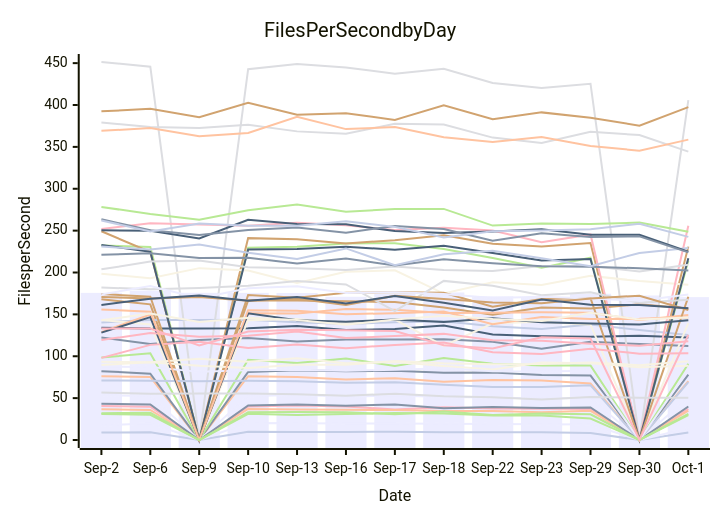
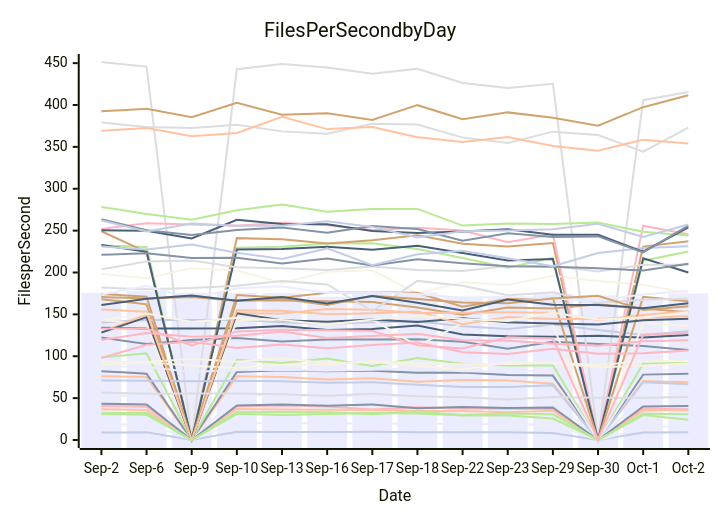
The diagram in perf-report.md (streetsidesoftware/cspell), drawn with Mermaid before and after one commit. The commit also changed other lines of this file and 1 other file, not shown here.

````diff
--- a/perf-report.md
+++ b/perf-report.md
@@ -10,56 +10,56 @@
 ```mermaid
 xychart-beta
     title Files Per Second by Day
     y-axis Files per Second
-    x-axis Date [Sep-2, Sep-6, Sep-9, Sep-10, Sep-13, Sep-16, Sep-17, Sep-18, Sep-22, Sep-23, Sep-29, Sep-30, Oct-1]
-    bar [175.68, 178.38, 175.73, 175.70, 175.56, 170.99, 174.42, 176.15, 171.49, 170.60, 174.68, 172.58, 170.62]
-    line [122.42, 114.54, 119.33, 121.78, 117.69, 120.09, 120.05, 120.31, 117.43, 109.01, 117.33, 114.51, 112.29]
-    line [76.26, 75.33, 0.00, 76.18, 75.30, 72.34, 73.59, 69.54, 71.59, 70.97, 67.35, 0.00, 70.29]
-    line [451.36, 445.82, 0.00, 442.79, 448.98, 444.77, 437.29, 443.15, 426.39, 420.42, 425.42, 0.00, 405.76]
-    line [232.38, 230.54, 0.00, 229.61, 230.62, 234.72, 234.92, 228.04, 217.32, 205.66, 217.69, 0.00, 214.10]
-    line [249.29, 224.39, 0.00, 241.04, 239.64, 234.60, 238.64, 244.36, 234.31, 230.98, 235.16, 0.00, 230.90]
-    line [8.92, 9.30, 0.00, 9.85, 9.67, 9.68, 9.92, 9.37, 9.23, 9.26, 8.29, 0.00, 8.90]
-    line [40.72, 39.85, 0.00, 39.94, 41.26, 40.08, 36.34, 39.18, 37.74, 37.18, 36.89, 0.00, 37.27]
-    line [134.10, 133.16, 133.12, 133.37, 136.08, 131.30, 132.64, 136.81, 125.88, 123.97, 123.26, 124.35, 122.36]
-    line [198.37, 193.18, 205.21, 202.42, 187.59, 200.94, 202.64, 174.86, 188.42, 184.98, 195.97, 189.74, 185.35]
-    line [17.23, 19.98, 0.00, 20.38, 20.10, 19.75, 19.58, 19.44, 18.99, 18.71, 18.44, 0.00, 13.99]
-    line [82.19, 79.19, 0.00, 81.30, 83.34, 82.19, 82.78, 80.29, 80.65, 77.47, 76.93, 0.00, 78.07]
-    line [36.83, 35.85, 0.00, 37.06, 36.42, 35.98, 35.70, 34.54, 34.55, 33.11, 34.81, 0.00, 35.17]
-    line [379.20, 373.63, 372.65, 376.36, 368.52, 365.71, 377.56, 376.77, 361.09, 354.59, 368.19, 364.07, 344.36]
-    line [98.44, 103.61, 0.00, 95.82, 91.96, 97.25, 88.47, 97.89, 91.06, 89.08, 89.06, 0.00, 90.96]
-    line [168.11, 162.00, 0.00, 166.81, 166.56, 165.69, 164.68, 158.25, 149.51, 158.09, 156.96, 161.98, 156.93]
-    line [140.40, 143.33, 143.38, 143.55, 140.59, 138.57, 140.62, 141.72, 135.93, 132.42, 137.90, 131.39, 125.40]
-    line [251.96, 258.89, 257.30, 255.86, 259.52, 256.30, 250.62, 253.31, 250.10, 236.21, 245.48, 0.00, 255.93]
-    line [232.84, 224.81, 0.00, 227.34, 228.09, 230.87, 227.16, 231.88, 223.22, 214.31, 216.24, 0.00, 216.91]
-    line [143.31, 137.86, 0.00, 143.10, 144.41, 139.70, 143.74, 112.39, 139.33, 141.10, 137.72, 0.00, 139.61]
-    line [53.54, 52.52, 0.00, 52.32, 54.12, 51.77, 53.09, 51.40, 50.85, 49.44, 50.07, 0.00, 50.63]
-    line [43.29, 42.33, 0.00, 41.15, 42.24, 41.01, 42.53, 38.05, 39.43, 38.14, 38.94, 0.00, 39.96]
-    line [128.81, 149.88, 0.00, 151.49, 151.06, 156.36, 155.63, 151.63, 151.94, 152.50, 152.06, 143.32, 149.19]
-    line [203.78, 213.00, 214.26, 206.28, 205.22, 203.09, 207.23, 202.88, 201.82, 207.79, 207.90, 201.29, 209.19]
-    line [278.30, 269.85, 262.88, 274.40, 281.31, 272.54, 275.91, 275.97, 256.03, 258.54, 258.01, 259.58, 248.67]
-    line [174.42, 171.06, 0.00, 173.10, 169.76, 175.73, 176.36, 175.75, 159.14, 168.41, 169.31, 0.00, 170.99]
-    line [71.07, 70.80, 70.10, 70.83, 70.27, 68.51, 69.01, 65.91, 63.15, 63.41, 65.35, 0.00, 69.02]
-    line [98.03, 113.59, 117.23, 110.00, 114.04, 109.51, 113.51, 116.46, 104.81, 102.79, 108.89, 103.13, 103.52]
-    line [128.16, 146.70, 0.00, 151.25, 142.95, 141.14, 143.95, 140.92, 145.29, 140.59, 139.11, 138.01, 142.88]
-    line [93.42, 92.85, 96.99, 93.46, 97.52, 91.70, 93.14, 88.50, 84.12, 92.41, 91.76, 86.84, 88.64]
-    line [87.46, 87.14, 81.35, 83.34, 83.78, 82.79, 83.96, 85.57, 82.01, 81.81, 82.67, 0.00, 83.49]
-    line [221.13, 223.08, 217.30, 217.60, 210.80, 216.66, 208.33, 215.69, 211.15, 207.60, 206.93, 205.06, 202.44]
-    line [369.19, 372.46, 362.58, 366.57, 385.92, 371.23, 373.66, 361.57, 355.78, 361.81, 351.17, 345.43, 358.65]
-    line [182.17, 179.93, 181.55, 184.12, 189.95, 185.74, 153.97, 189.99, 184.11, 172.95, 176.46, 163.78, 167.39]
-    line [31.96, 32.39, 0.00, 33.27, 33.48, 33.18, 30.65, 34.02, 29.87, 31.63, 30.68, 0.00, 31.32]
-    line [392.41, 395.48, 385.49, 402.68, 388.38, 390.24, 382.26, 399.81, 383.04, 391.20, 384.82, 375.34, 397.41]
-    line [230.93, 227.50, 233.38, 223.69, 216.25, 228.77, 208.66, 221.89, 226.09, 216.90, 207.46, 223.39, 229.16]
-    line [119.32, 127.89, 123.29, 124.49, 129.64, 121.66, 124.08, 126.72, 119.08, 118.45, 114.87, 112.49, 118.05]
-    line [250.46, 249.77, 240.66, 262.89, 257.78, 257.49, 249.43, 247.25, 248.88, 251.75, 245.20, 245.06, 224.85]
-    line [89.68, 92.88, 88.59, 86.05, 89.85, 89.86, 94.27, 91.54, 90.45, 90.71, 92.55, 89.39, 93.96]
-    line [173.82, 183.91, 169.15, 181.18, 183.51, 175.60, 176.44, 174.39, 169.65, 170.91, 168.95, 166.28, 173.86]
-    line [263.57, 250.38, 244.75, 250.69, 253.77, 247.48, 255.65, 251.83, 237.98, 246.89, 242.54, 243.09, 224.03]
-    line [155.92, 153.19, 0.00, 155.03, 154.46, 150.27, 151.44, 153.53, 138.23, 146.78, 144.54, 144.66, 146.29]
-    line [56.79, 55.22, 55.40, 55.63, 54.54, 52.86, 55.21, 52.35, 50.94, 48.45, 51.30, 50.59, 50.58]
-    line [30.96, 30.04, 0.00, 31.22, 29.93, 31.17, 32.23, 31.60, 29.23, 29.18, 25.62, 0.00, 29.72]
-    line [170.71, 168.98, 170.63, 166.15, 168.68, 161.23, 172.09, 168.48, 164.20, 163.31, 169.03, 172.29, 155.24]
-    line [262.12, 249.11, 258.37, 255.88, 255.75, 261.30, 254.48, 241.79, 249.14, 250.28, 251.57, 258.18, 242.58]
-    line [133.06, 133.03, 112.77, 129.44, 131.63, 130.97, 130.22, 113.06, 109.25, 122.56, 121.09, 0.00, 125.59]
-    line [161.33, 168.54, 172.61, 166.17, 170.88, 163.08, 171.82, 163.97, 154.58, 167.67, 161.60, 161.14, 157.44]
-    line [143.06, 151.08, 140.90, 145.94, 143.19, 137.67, 143.95, 148.30, 144.49, 142.14, 152.04, 143.84, 146.29]
+    x-axis Date [Sep-2, Sep-6, Sep-9, Sep-10, Sep-13, Sep-16, Sep-17, Sep-18, Sep-22, Sep-23, Sep-29, Sep-30, Oct-1, Oct-2]
+    bar [175.68, 178.38, 175.73, 175.70, 175.56, 170.99, 174.42, 176.15, 171.49, 170.60, 174.68, 172.58, 170.62, 174.93]
+    line [122.42, 114.54, 119.33, 121.78, 117.69, 120.09, 120.05, 120.31, 117.43, 109.01, 117.33, 114.51, 112.29, 107.43]
+    line [76.26, 75.33, 0.00, 76.18, 75.30, 72.34, 73.59, 69.54, 71.59, 70.97, 67.35, 0.00, 70.29, 69.01]
+    line [451.36, 445.82, 0.00, 442.79, 448.98, 444.77, 437.29, 443.15, 426.39, 420.42, 425.42, 0.00, 405.76, 415.62]
+    line [232.38, 230.54, 0.00, 229.61, 230.62, 234.72, 234.92, 228.04, 217.32, 205.66, 217.69, 0.00, 214.10, 225.06]
+    line [249.29, 224.39, 0.00, 241.04, 239.64, 234.60, 238.64, 244.36, 234.31, 230.98, 235.16, 0.00, 230.90, 237.22]
+    line [8.92, 9.30, 0.00, 9.85, 9.67, 9.68, 9.92, 9.37, 9.23, 9.26, 8.29, 0.00, 8.90, 9.23]
+    line [40.72, 39.85, 0.00, 39.94, 41.26, 40.08, 36.34, 39.18, 37.74, 37.18, 36.89, 0.00, 37.27, 36.71]
+    line [134.10, 133.16, 133.12, 133.37, 136.08, 131.30, 132.64, 136.81, 125.88, 123.97, 123.26, 124.35, 122.36, 125.28]
+    line [198.37, 193.18, 205.21, 202.42, 187.59, 200.94, 202.64, 174.86, 188.42, 184.98, 195.97, 189.74, 185.35, 175.18]
+    line [17.23, 19.98, 0.00, 20.38, 20.10, 19.75, 19.58, 19.44, 18.99, 18.71, 18.44, 0.00, 13.99, 18.50]
+    line [82.19, 79.19, 0.00, 81.30, 83.34, 82.19, 82.78, 80.29, 80.65, 77.47, 76.93, 0.00, 78.07, 79.19]
+    line [36.83, 35.85, 0.00, 37.06, 36.42, 35.98, 35.70, 34.54, 34.55, 33.11, 34.81, 0.00, 35.17, 35.71]
+    line [379.20, 373.63, 372.65, 376.36, 368.52, 365.71, 377.56, 376.77, 361.09, 354.59, 368.19, 364.07, 344.36, 372.99]
+    line [98.44, 103.61, 0.00, 95.82, 91.96, 97.25, 88.47, 97.89, 91.06, 89.08, 89.06, 0.00, 90.96, 92.23]
+    line [168.11, 162.00, 0.00, 166.81, 166.56, 165.69, 164.68, 158.25, 149.51, 158.09, 156.96, 161.98, 156.93, 152.53]
+    line [140.40, 143.33, 143.38, 143.55, 140.59, 138.57, 140.62, 141.72, 135.93, 132.42, 137.90, 131.39, 125.40, 129.98]
+    line [251.96, 258.89, 257.30, 255.86, 259.52, 256.30, 250.62, 253.31, 250.10, 236.21, 245.48, 0.00, 255.93, 245.69]
+    line [232.84, 224.81, 0.00, 227.34, 228.09, 230.87, 227.16, 231.88, 223.22, 214.31, 216.24, 0.00, 216.91, 200.06]
+    line [143.31, 137.86, 0.00, 143.10, 144.41, 139.70, 143.74, 112.39, 139.33, 141.10, 137.72, 0.00, 139.61, 136.16]
+    line [53.54, 52.52, 0.00, 52.32, 54.12, 51.77, 53.09, 51.40, 50.85, 49.44, 50.07, 0.00, 50.63, 51.55]
+    line [43.29, 42.33, 0.00, 41.15, 42.24, 41.01, 42.53, 38.05, 39.43, 38.14, 38.94, 0.00, 39.96, 40.46]
+    line [128.81, 149.88, 0.00, 151.49, 151.06, 156.36, 155.63, 151.63, 151.94, 152.50, 152.06, 143.32, 149.19, 153.66]
+    line [203.78, 213.00, 214.26, 206.28, 205.22, 203.09, 207.23, 202.88, 201.82, 207.79, 207.90, 201.29, 209.19, 209.41]
+    line [278.30, 269.85, 262.88, 274.40, 281.31, 272.54, 275.91, 275.97, 256.03, 258.54, 258.01, 259.58, 248.67, 244.23]
+    line [174.42, 171.06, 0.00, 173.10, 169.76, 175.73, 176.36, 175.75, 159.14, 168.41, 169.31, 0.00, 170.99, 165.77]
+    line [71.07, 70.80, 70.10, 70.83, 70.27, 68.51, 69.01, 65.91, 63.15, 63.41, 65.35, 0.00, 69.02, 66.70]
+    line [98.03, 113.59, 117.23, 110.00, 114.04, 109.51, 113.51, 116.46, 104.81, 102.79, 108.89, 103.13, 103.52, 106.73]
+    line [128.16, 146.70, 0.00, 151.25, 142.95, 141.14, 143.95, 140.92, 145.29, 140.59, 139.11, 138.01, 142.88, 144.64]
+    line [93.42, 92.85, 96.99, 93.46, 97.52, 91.70, 93.14, 88.50, 84.12, 92.41, 91.76, 86.84, 88.64, 91.46]
+    line [87.46, 87.14, 81.35, 83.34, 83.78, 82.79, 83.96, 85.57, 82.01, 81.81, 82.67, 0.00, 83.49, 82.32]
+    line [221.13, 223.08, 217.30, 217.60, 210.80, 216.66, 208.33, 215.69, 211.15, 207.60, 206.93, 205.06, 202.44, 210.44]
+    line [369.19, 372.46, 362.58, 366.57, 385.92, 371.23, 373.66, 361.57, 355.78, 361.81, 351.17, 345.43, 358.65, 354.15]
+    line [182.17, 179.93, 181.55, 184.12, 189.95, 185.74, 153.97, 189.99, 184.11, 172.95, 176.46, 163.78, 167.39, 168.84]
+    line [31.96, 32.39, 0.00, 33.27, 33.48, 33.18, 30.65, 34.02, 29.87, 31.63, 30.68, 0.00, 31.32, 30.61]
+    line [392.41, 395.48, 385.49, 402.68, 388.38, 390.24, 382.26, 399.81, 383.04, 391.20, 384.82, 375.34, 397.41, 411.57]
+    line [230.93, 227.50, 233.38, 223.69, 216.25, 228.77, 208.66, 221.89, 226.09, 216.90, 207.46, 223.39, 229.16, 231.48]
+    line [119.32, 127.89, 123.29, 124.49, 129.64, 121.66, 124.08, 126.72, 119.08, 118.45, 114.87, 112.49, 118.05, 119.16]
+    line [250.46, 249.77, 240.66, 262.89, 257.78, 257.49, 249.43, 247.25, 248.88, 251.75, 245.20, 245.06, 224.85, 253.94]
+    line [89.68, 92.88, 88.59, 86.05, 89.85, 89.86, 94.27, 91.54, 90.45, 90.71, 92.55, 89.39, 93.96, 94.21]
+    line [173.82, 183.91, 169.15, 181.18, 183.51, 175.60, 176.44, 174.39, 169.65, 170.91, 168.95, 166.28, 173.86, 178.16]
+    line [263.57, 250.38, 244.75, 250.69, 253.77, 247.48, 255.65, 251.83, 237.98, 246.89, 242.54, 243.09, 224.03, 255.95]
+    line [155.92, 153.19, 0.00, 155.03, 154.46, 150.27, 151.44, 153.53, 138.23, 146.78, 144.54, 144.66, 146.29, 147.71]
+    line [56.79, 55.22, 55.40, 55.63, 54.54, 52.86, 55.21, 52.35, 50.94, 48.45, 51.30, 50.59, 50.58, 51.36]
+    line [30.96, 30.04, 0.00, 31.22, 29.93, 31.17, 32.23, 31.60, 29.23, 29.18, 25.62, 0.00, 29.72, 24.12]
+    line [170.71, 168.98, 170.63, 166.15, 168.68, 161.23, 172.09, 168.48, 164.20, 163.31, 169.03, 172.29, 155.24, 159.63]
+    line [262.12, 249.11, 258.37, 255.88, 255.75, 261.30, 254.48, 241.79, 249.14, 250.28, 251.57, 258.18, 242.58, 257.32]
+    line [133.06, 133.03, 112.77, 129.44, 131.63, 130.97, 130.22, 113.06, 109.25, 122.56, 121.09, 0.00, 125.59, 127.73]
+    line [161.33, 168.54, 172.61, 166.17, 170.88, 163.08, 171.82, 163.97, 154.58, 167.67, 161.60, 161.14, 157.44, 163.22]
+    line [143.06, 151.08, 140.90, 145.94, 143.19, 137.67, 143.95, 148.30, 144.49, 142.14, 152.04, 143.84, 146.29, 152.54]
 ```
````
